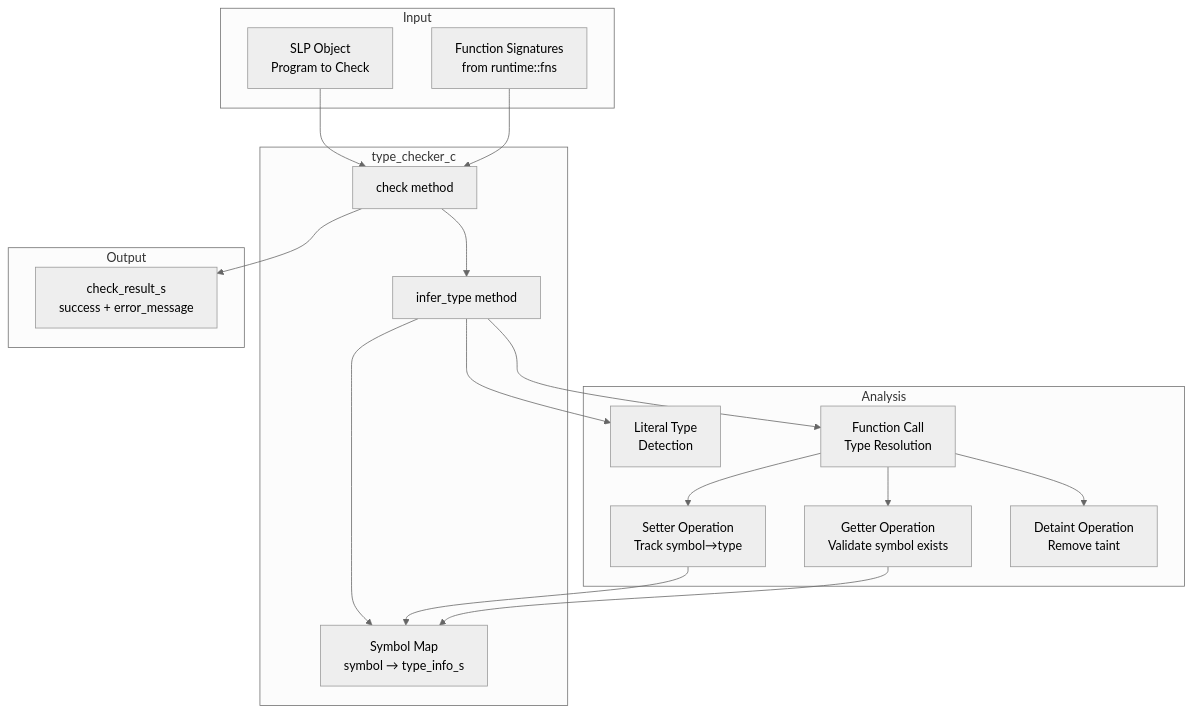
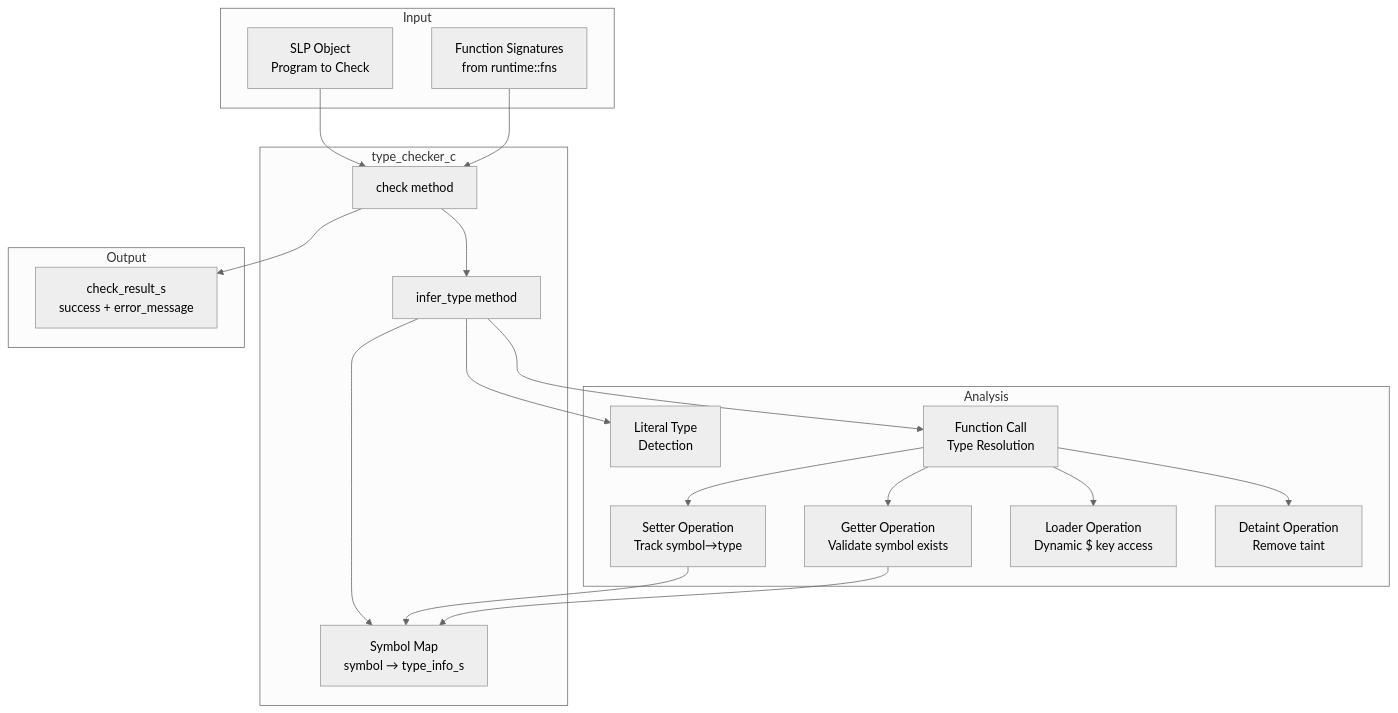
Before and after one commit to bosley/sxs: the first of 7 diagrams in pkg/ts/ts.md, drawn with Mermaid (neutral theme). The commit also changed other lines of this file and 12 other files, not shown here.

````diff
--- a/pkg/ts/ts.md
+++ b/pkg/ts/ts.md
@@ -7,38 +7,40 @@
 ```mermaid
 graph TB
     subgraph Input
         SLP[SLP Object<br/>Program to Check]
         FN[Function Signatures<br/>from runtime::fns]
     end
     
     subgraph TypeChecker["type_checker_c"]
         CHECK[check method]
         INFER[infer_type method]
         SYMMAP[Symbol Map<br/>symbol → type_info_s]
     end
     
     subgraph Analysis
         LITERAL[Literal Type<br/>Detection]
         FNCALL[Function Call<br/>Type Resolution]
         SETTER[Setter Operation<br/>Track symbol→type]
         GETTER[Getter Operation<br/>Validate symbol exists]
+        LOADER[Loader Operation<br/>Dynamic $ key access]
         DETAINT[Detaint Operation<br/>Remove taint]
     end
     
     subgraph Output
         RESULT[check_result_s<br/>success + error_message]
     end
     
     SLP --> CHECK
     FN --> CHECK
     CHECK --> INFER
     INFER --> SYMMAP
     INFER --> LITERAL
     INFER --> FNCALL
     FNCALL --> SETTER
     FNCALL --> GETTER
+    FNCALL --> LOADER
     FNCALL --> DETAINT
     SETTER --> SYMMAP
     GETTER --> SYMMAP
     CHECK --> RESULT
 ```
````
